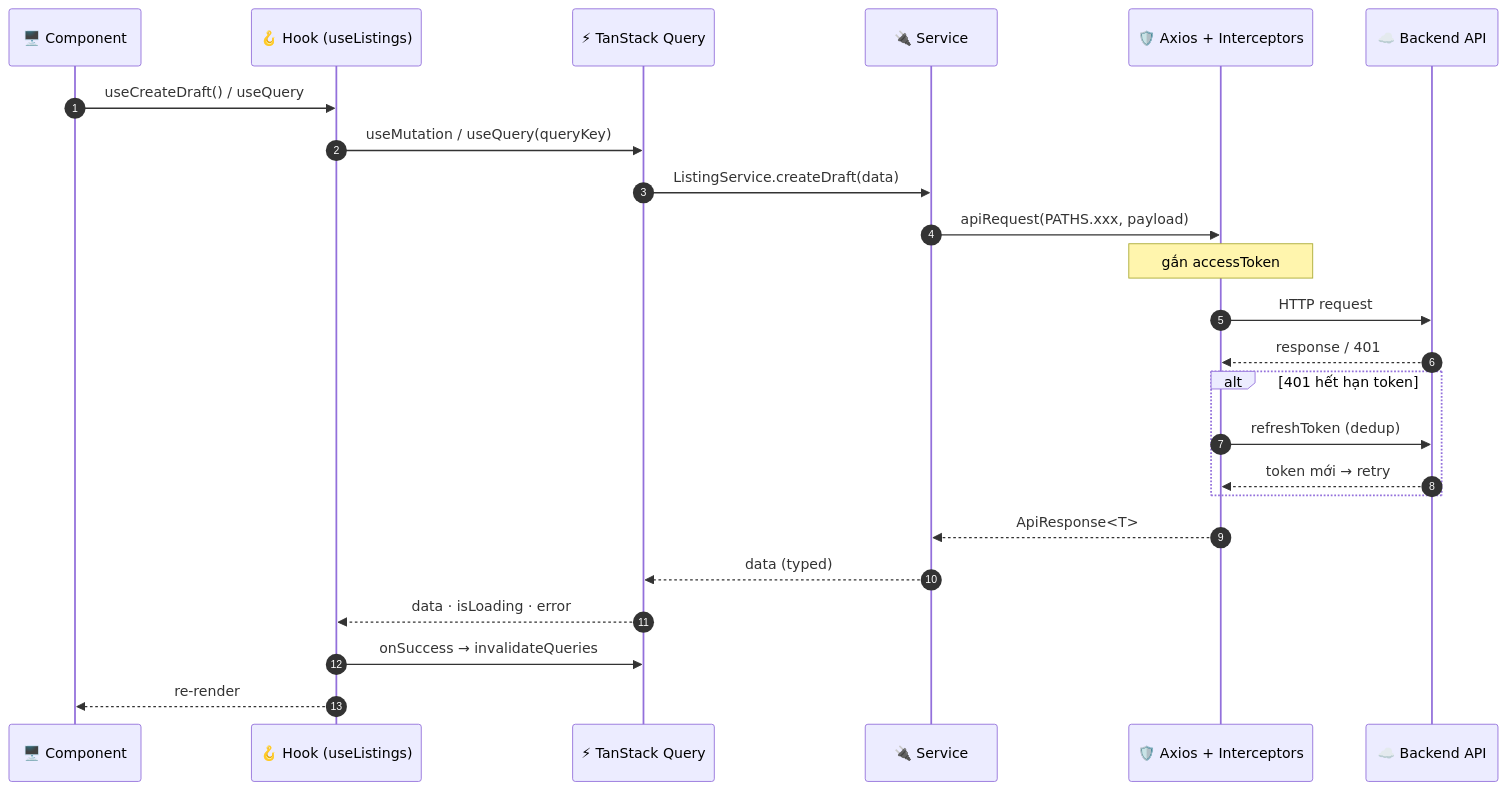
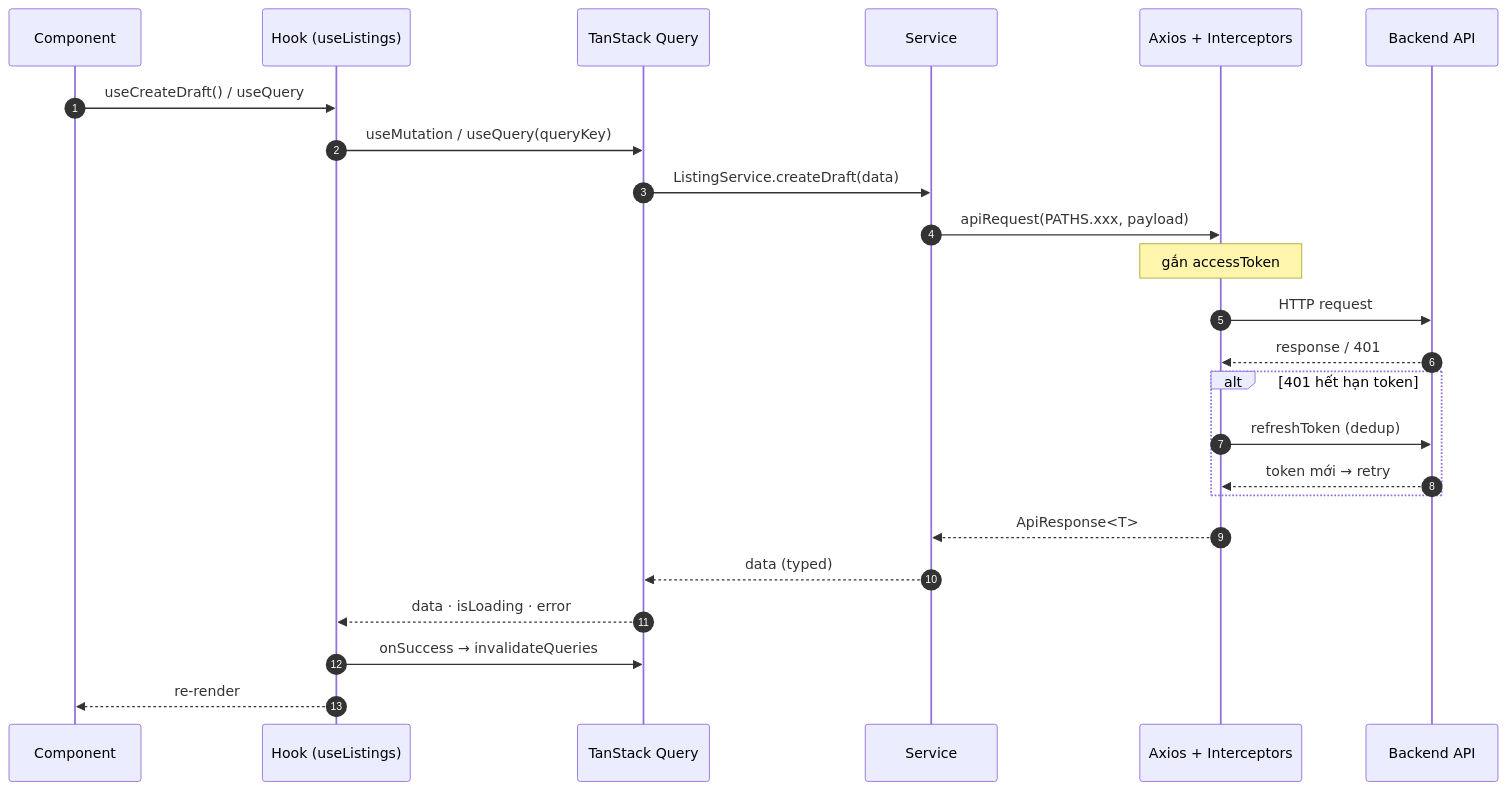
Before and after one commit to huynhtranty/smartrent-report: the diagram in diagrams/fe/src/04-data-flow.mmd, drawn with Mermaid. The commit also changed 39 other files, not shown here.

```diff
--- a/diagrams/fe/src/04-data-flow.mmd
+++ b/diagrams/fe/src/04-data-flow.mmd
@@ -1,24 +1,24 @@
 sequenceDiagram
-    autonumber
-    participant C as 🖥️ Component
-    participant H as 🪝 Hook (useListings)
-    participant Q as ⚡ TanStack Query
-    participant S as 🔌 Service
-    participant AX as 🛡️ Axios + Interceptors
-    participant API as ☁️ Backend API
-    C->>H: useCreateDraft() / useQuery
-    H->>Q: useMutation / useQuery(queryKey)
-    Q->>S: ListingService.createDraft(data)
-    S->>AX: apiRequest(PATHS.xxx, payload)
-    Note over AX: gắn accessToken
-    AX->>API: HTTP request
-    API-->>AX: response / 401
-    alt 401 hết hạn token
-        AX->>API: refreshToken (dedup)
-        API-->>AX: token mới → retry
-    end
-    AX-->>S: ApiResponse<T>
-    S-->>Q: data (typed)
-    Q-->>H: data · isLoading · error
-    H->>Q: onSuccess → invalidateQueries
-    H-->>C: re-render
+ autonumber
+ participant C as Component
+ participant H as Hook (useListings)
+ participant Q as TanStack Query
+ participant S as Service
+ participant AX as Axios + Interceptors
+ participant API as Backend API
+ C->>H: useCreateDraft() / useQuery
+ H->>Q: useMutation / useQuery(queryKey)
+ Q->>S: ListingService.createDraft(data)
+ S->>AX: apiRequest(PATHS.xxx, payload)
+ Note over AX: gắn accessToken
+ AX->>API: HTTP request
+ API-->>AX: response / 401
+ alt 401 hết hạn token
+ AX->>API: refreshToken (dedup)
+ API-->>AX: token mới → retry
+ end
+ AX-->>S: ApiResponse<T>
+ S-->>Q: data (typed)
+ Q-->>H: data · isLoading · error
+ H->>Q: onSuccess → invalidateQueries
+ H-->>C: re-render
```
